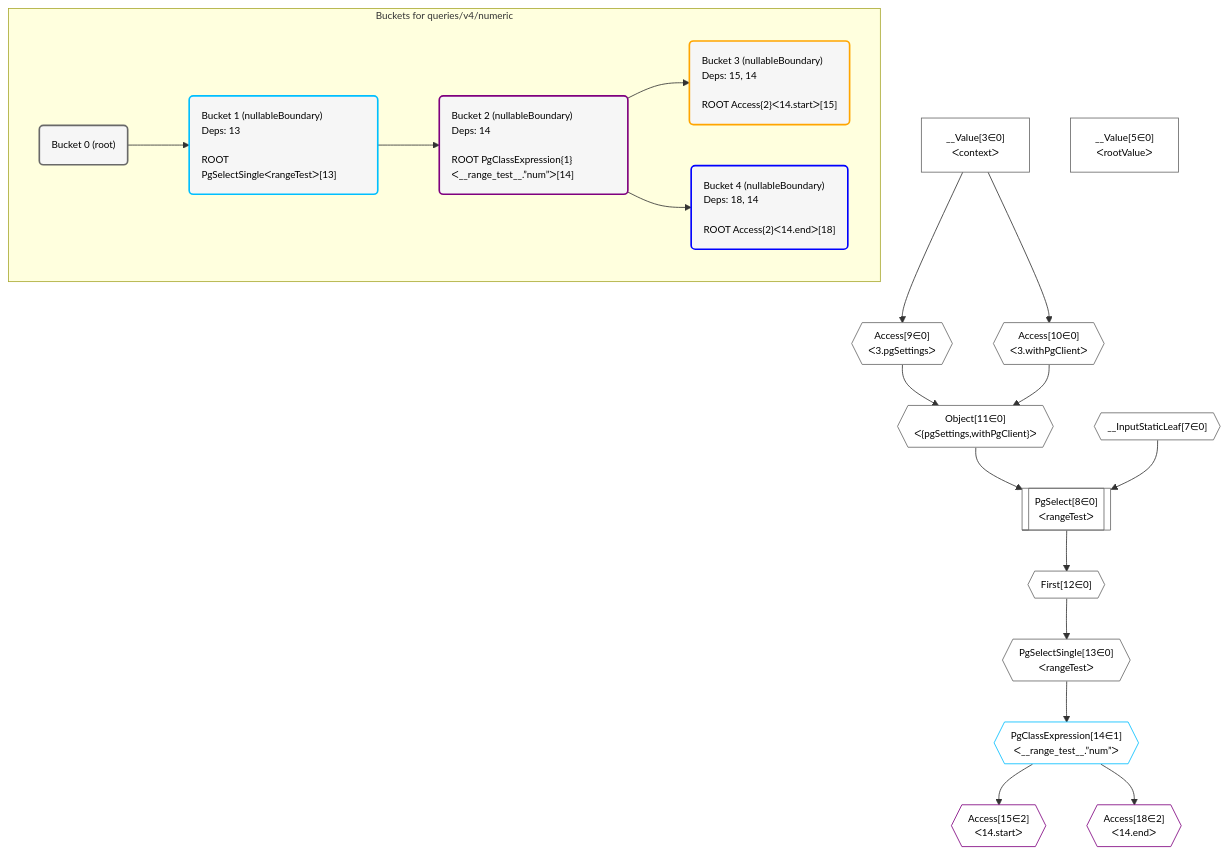
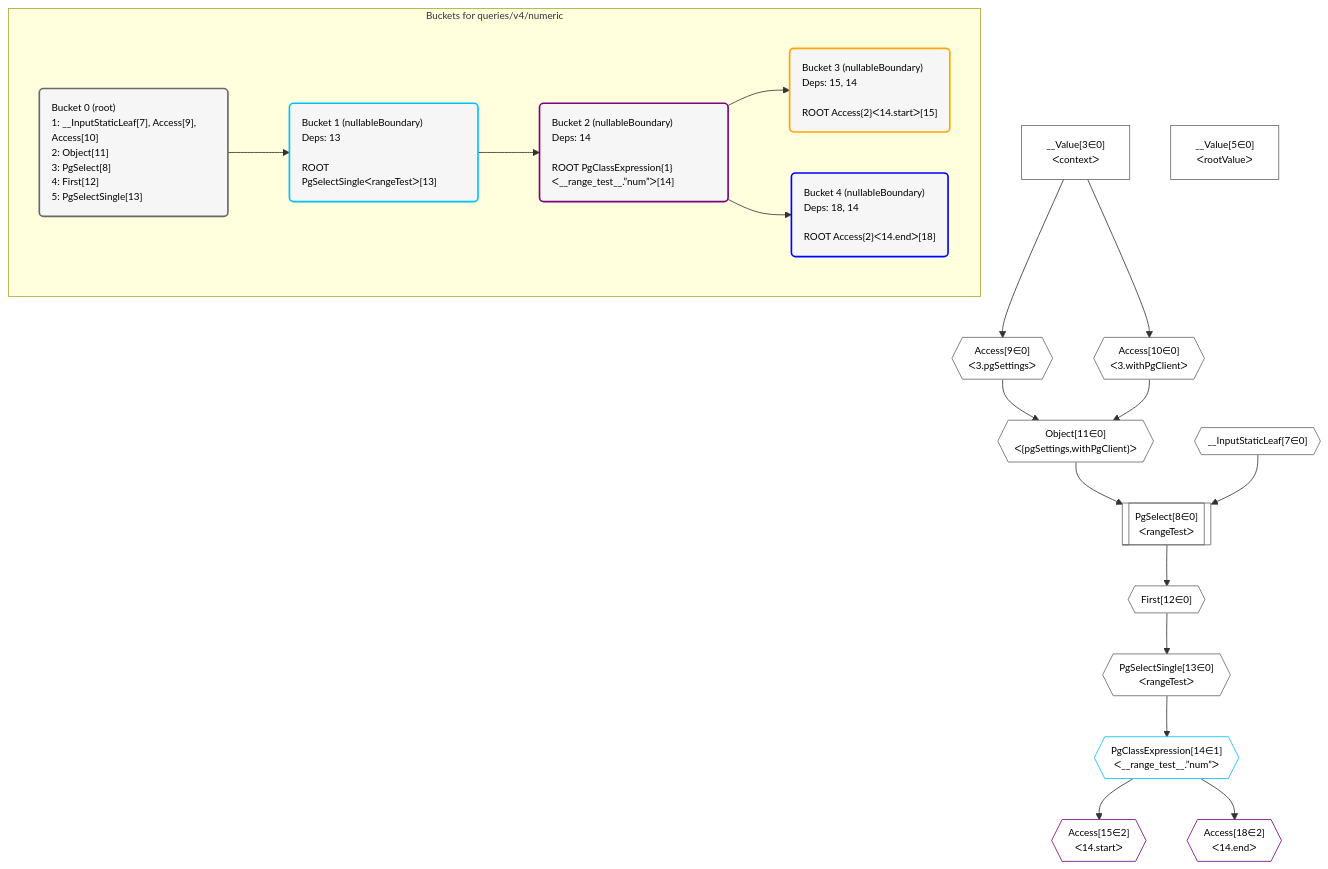
One commit to graphile/crystal changed the diagram in postgraphile/postgraphile/__tests__/queries/v4/numeric.mermaid. Above: the diagram before and after it, drawn with Mermaid. The commit also changed 176 other files, not shown here.

Commit message:
New defined order in plan diagrams

```diff
--- a/postgraphile/postgraphile/__tests__/queries/v4/numeric.mermaid
+++ b/postgraphile/postgraphile/__tests__/queries/v4/numeric.mermaid
@@ -1,55 +1,55 @@
 %%{init: {'themeVariables': { 'fontSize': '12px'}}}%%
 graph TD
     classDef path fill:#eee,stroke:#000,color:#000
     classDef plan fill:#fff,stroke-width:1px,color:#000
     classDef itemplan fill:#fff,stroke-width:2px,color:#000
     classDef unbatchedplan fill:#dff,stroke-width:1px,color:#000
     classDef sideeffectplan fill:#fcc,stroke-width:2px,color:#000
     classDef bucket fill:#f6f6f6,color:#000,stroke-width:2px,text-align:left
 
 
     %% define steps
     __Value3["__Value[3∈0]<br />ᐸcontextᐳ"]:::plan
     __Value5["__Value[5∈0]<br />ᐸrootValueᐳ"]:::plan
     __InputStaticLeaf7{{"__InputStaticLeaf[7∈0]"}}:::plan
     Access9{{"Access[9∈0]<br />ᐸ3.pgSettingsᐳ"}}:::plan
     Access10{{"Access[10∈0]<br />ᐸ3.withPgClientᐳ"}}:::plan
     Object11{{"Object[11∈0]<br />ᐸ{pgSettings,withPgClient}ᐳ"}}:::plan
     PgSelect8[["PgSelect[8∈0]<br />ᐸrangeTestᐳ"]]:::plan
     First12{{"First[12∈0]"}}:::plan
     PgSelectSingle13{{"PgSelectSingle[13∈0]<br />ᐸrangeTestᐳ"}}:::plan
     PgClassExpression14{{"PgClassExpression[14∈1]<br />ᐸ__range_test__.”num”ᐳ"}}:::plan
     Access15{{"Access[15∈2]<br />ᐸ14.startᐳ"}}:::plan
     Access18{{"Access[18∈2]<br />ᐸ14.endᐳ"}}:::plan
 
     %% plan dependencies
     __Value3 --> Access9
     __Value3 --> Access10
     Access9 & Access10 --> Object11
     Object11 & __InputStaticLeaf7 --> PgSelect8
     PgSelect8 --> First12
     First12 --> PgSelectSingle13
     PgSelectSingle13 --> PgClassExpression14
     PgClassExpression14 --> Access15
     PgClassExpression14 --> Access18
 
     subgraph "Buckets for queries/v4/numeric"
-    Bucket0("Bucket 0 (root)"):::bucket
+    Bucket0("Bucket 0 (root)<br />1: __InputStaticLeaf[7], Access[9], Access[10]<br />2: Object[11]<br />3: PgSelect[8]<br />4: First[12]<br />5: PgSelectSingle[13]"):::bucket
     classDef bucket0 stroke:#696969
     class Bucket0,__Value3,__Value5,__InputStaticLeaf7,PgSelect8,Access9,Access10,Object11,First12,PgSelectSingle13 bucket0
     Bucket1("Bucket 1 (nullableBoundary)<br />Deps: 13<br /><br />ROOT PgSelectSingleᐸrangeTestᐳ[13]"):::bucket
     classDef bucket1 stroke:#00bfff
     class Bucket1,PgClassExpression14 bucket1
     Bucket2("Bucket 2 (nullableBoundary)<br />Deps: 14<br /><br />ROOT PgClassExpression{1}ᐸ__range_test__.”num”ᐳ[14]"):::bucket
     classDef bucket2 stroke:#7f007f
     class Bucket2,Access15,Access18 bucket2
     Bucket3("Bucket 3 (nullableBoundary)<br />Deps: 15, 14<br /><br />ROOT Access{2}ᐸ14.startᐳ[15]"):::bucket
     classDef bucket3 stroke:#ffa500
     class Bucket3 bucket3
     Bucket4("Bucket 4 (nullableBoundary)<br />Deps: 18, 14<br /><br />ROOT Access{2}ᐸ14.endᐳ[18]"):::bucket
     classDef bucket4 stroke:#0000ff
     class Bucket4 bucket4
     Bucket0 --> Bucket1
     Bucket1 --> Bucket2
     Bucket2 --> Bucket3 & Bucket4
     end
```
